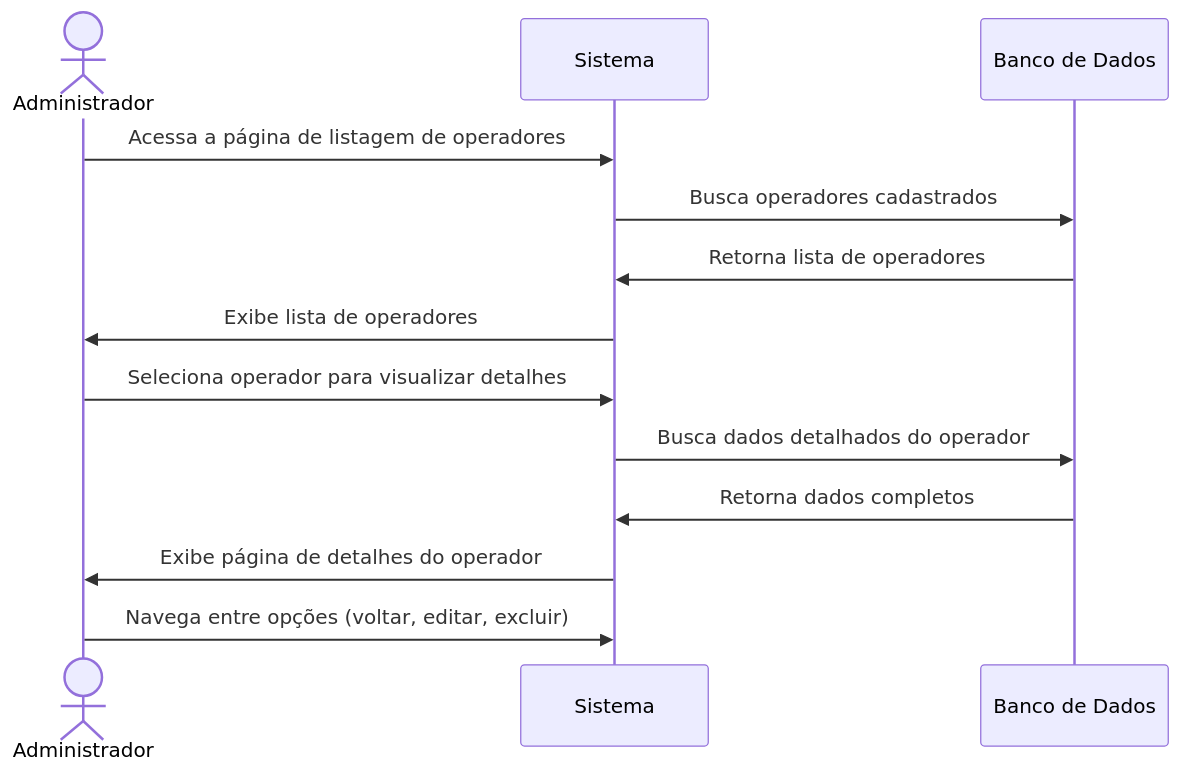
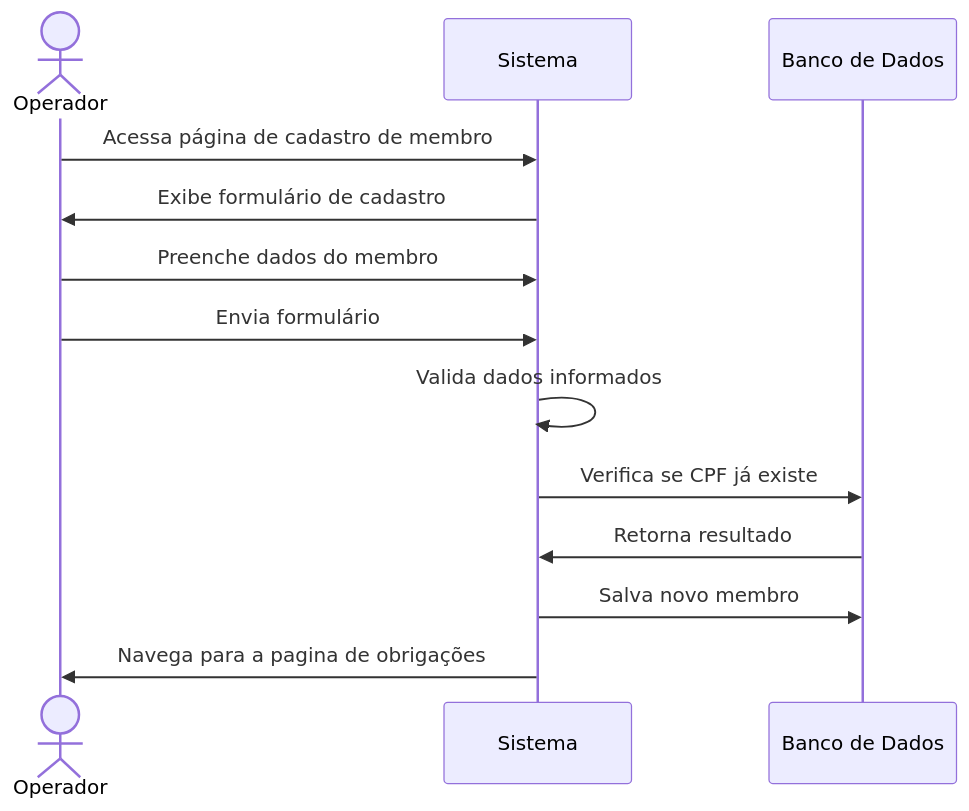
One commit to Bomsalvez/quilombo-docs changed the first of 2 diagrams in Writerside/topics/RF05.md. Above: the diagram before and after it, drawn with Mermaid. The commit also changed other lines of this file and 34 other files, not shown here.

````diff
--- a/Writerside/topics/RF05.md
+++ b/Writerside/topics/RF05.md
@@ -41,16 +56,16 @@
 ```mermaid
 sequenceDiagram
-    actor A as Administrador
+    actor O as Operador
     participant S as Sistema
     participant BD as Banco de Dados
     
-    A->>S: Acessa a página de listagem de operadores
-    S->>BD: Busca operadores cadastrados
-    BD->>S: Retorna lista de operadores
-    S->>A: Exibe lista de operadores
-    A->>S: Seleciona operador para visualizar detalhes
-    S->>BD: Busca dados detalhados do operador
-    BD->>S: Retorna dados completos
-    S->>A: Exibe página de detalhes do operador
-    A->>S: Navega entre opções (voltar, editar, excluir)
+    O->>S: Acessa página de cadastro de membro
+    S->>O: Exibe formulário de cadastro
+    O->>S: Preenche dados do membro
+    O->>S: Envia formulário
+    S->>S: Valida dados informados
+    S->>BD: Verifica se CPF já existe
+    BD->>S: Retorna resultado
+    S->>BD: Salva novo membro
+    S->>O: Navega para a pagina de obrigações
 ```
````
